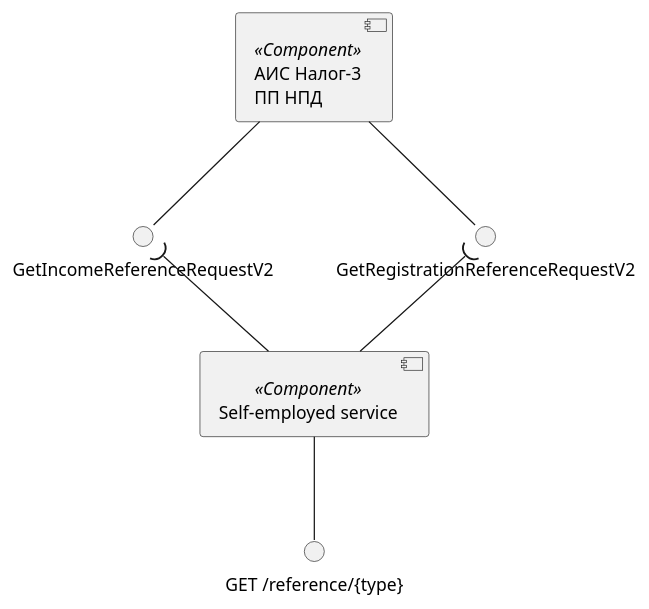
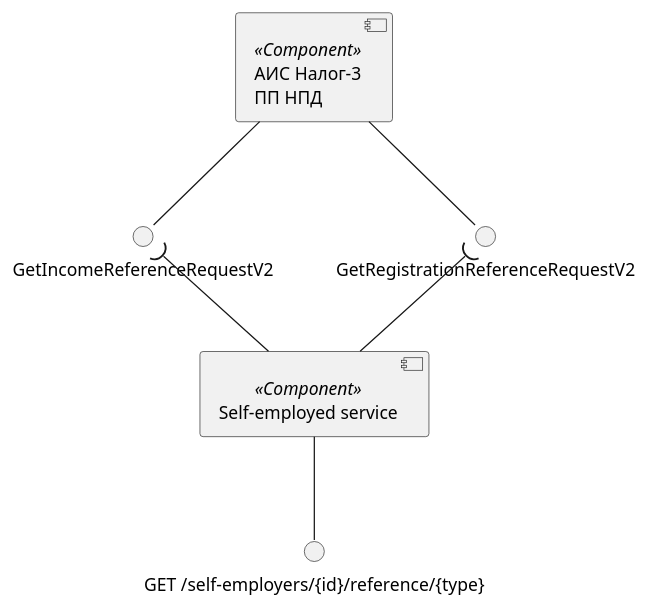
One commit to RaikBitters/ibank-internal-services changed the fourth of 6 diagrams in diagrams/self-employed-service/components.puml. Above: the diagram before and after it, drawn with PlantUML. The commit also changed 1 other file, not shown here.

```diff
--- a/diagrams/self-employed-service/components.puml
+++ b/diagrams/self-employed-service/components.puml
@@ -109,18 +109,18 @@
 @startuml reference-components
 
 component "АИС Налог-3\nПП НПД" as Tax3 <<Component>>
 interface "GetRegistrationReferenceRequestV2" as GetRegistrationReference
 interface "GetIncomeReferenceRequestV2" as GetIncomeReference
 
 Tax3 --() GetRegistrationReference
 Tax3 --() GetIncomeReference
 
 component "Self-employed service" as SelfEmplService <<Component>>
-interface "GET /reference/{type}" as getReference
+interface "GET /self-employers/{id}/reference/{type}" as getReference
 
 SelfEmplService --() getReference
 
 SelfEmplService -up-( GetRegistrationReference
 SelfEmplService -up-( GetIncomeReference
 
 @enduml
```
